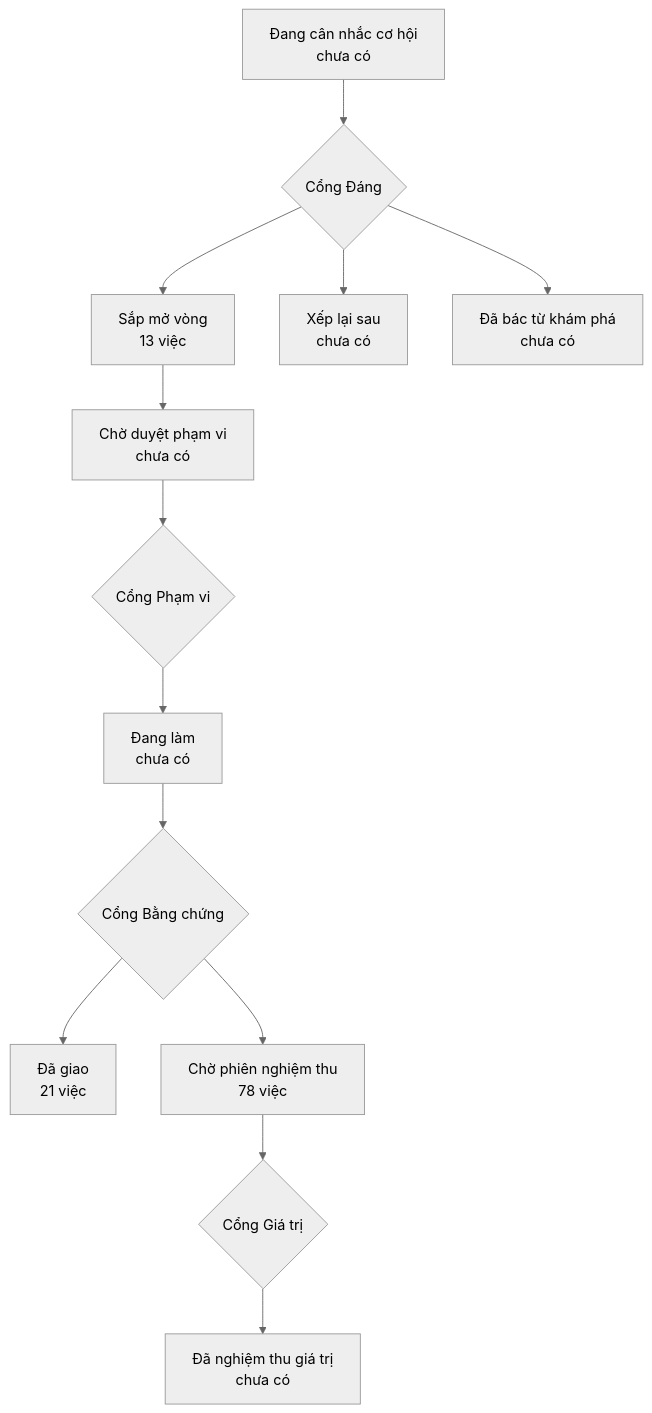
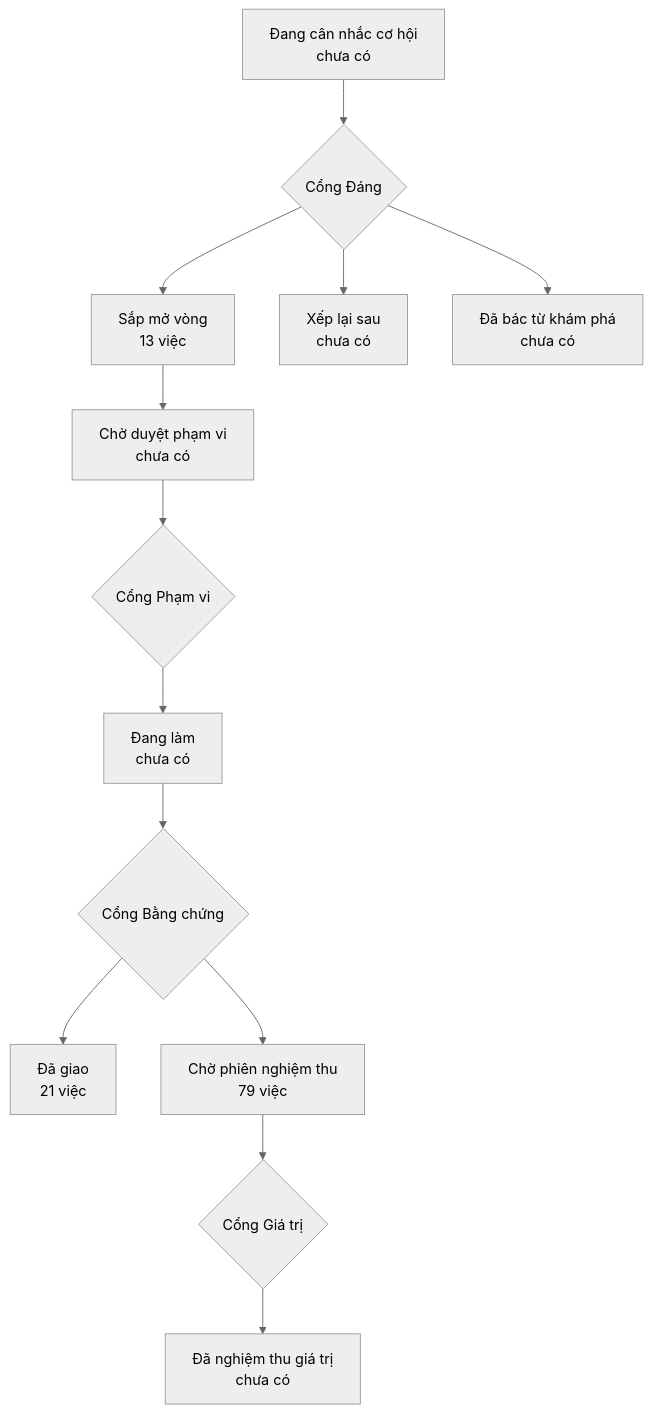
Before and after one commit to phanlemanh/onehub-quy-hang: the diagram in PRODUCT-MAP.md, drawn with Mermaid (neutral theme). The commit also changed other lines of this file and 1 other file, not shown here.

Commit message:
chore: vẽ lại bản đồ sản phẩm và lộ trình (va-ho-so-lien-he)

````diff
--- a/PRODUCT-MAP.md
+++ b/PRODUCT-MAP.md
@@ -7,12 +7,12 @@
 ```mermaid
 flowchart TD
   A["Đang cân nhắc cơ hội<br/>chưa có"] --> GD{"Cổng Đáng"}
   GD --> B["Sắp mở vòng<br/>13 việc"]
   GD --> XL["Xếp lại sau<br/>chưa có"]
   GD --> DB["Đã bác từ khám phá<br/>chưa có"]
   B --> CD["Chờ duyệt phạm vi<br/>chưa có"] --> GP{"Cổng Phạm vi"}
   GP --> DL["Đang làm<br/>chưa có"] --> GB{"Cổng Bằng chứng"}
   GB --> DG["Đã giao<br/>21 việc"]
-  GB --> CN["Chờ phiên nghiệm thu<br/>78 việc"] --> GG{"Cổng Giá trị"}
+  GB --> CN["Chờ phiên nghiệm thu<br/>79 việc"] --> GG{"Cổng Giá trị"}
   GG --> NT["Đã nghiệm thu giá trị<br/>chưa có"]
 ```
````
